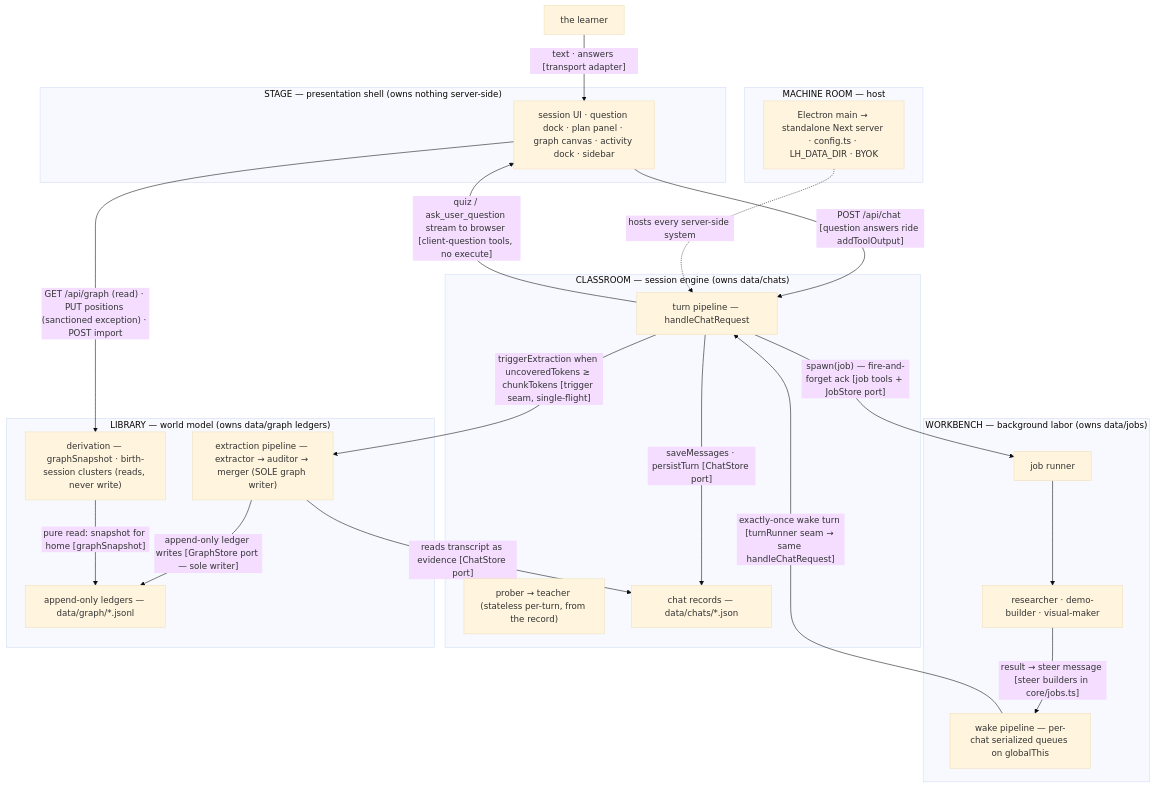
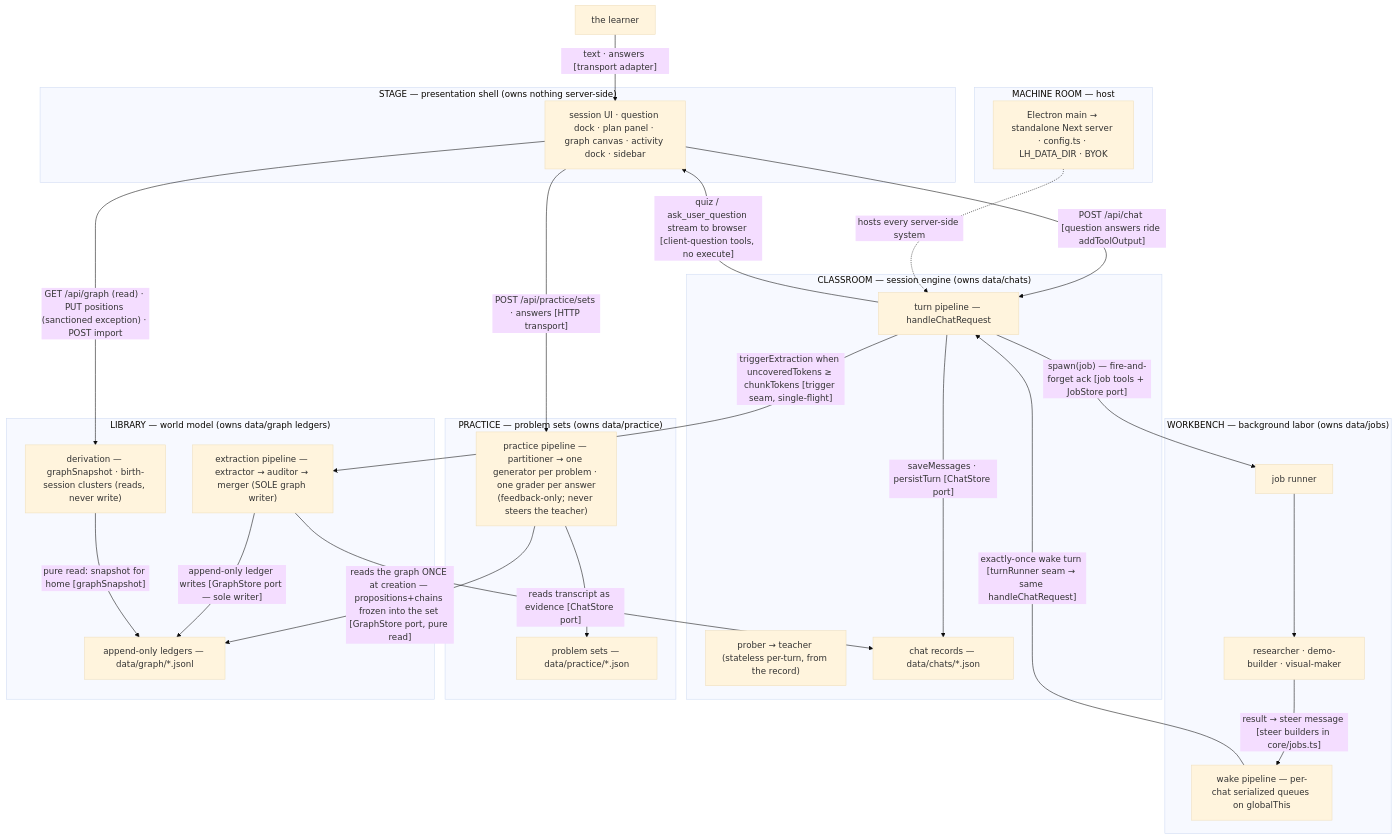
The third of 7 diagrams in docs/architecture.md (0xCUB3/learnharness), drawn with Mermaid (base theme) before and after one commit. The commit also changed other lines of this file and 1 other file, not shown here.

````diff
--- a/docs/architecture.md
+++ b/docs/architecture.md
@@ -214,45 +216,53 @@
 ```mermaid
 flowchart TB
     LEARNER["the learner"]
 
     subgraph STAGE["STAGE — presentation shell (owns nothing server-side)"]
         UI["session UI · question dock · plan panel · graph canvas · activity dock · sidebar"]
     end
 
     subgraph CLASSROOM["CLASSROOM — session engine (owns data/chats)"]
         TURN["turn pipeline — handleChatRequest"]
         AGENTS["prober → teacher (stateless per-turn, from the record)"]
         CHATDATA["chat records — data/chats/*.json"]
     end
 
     subgraph WORKBENCH["WORKBENCH — background labor (owns data/jobs)"]
         JOBRUN["job runner"]
         SUBAGENTS["researcher · demo-builder · visual-maker"]
         WAKE["wake pipeline — per-chat serialized queues on globalThis"]
+    end
+
+    subgraph PRAC["PRACTICE — problem sets (owns data/practice)"]
+        PPART["practice pipeline — partitioner → one generator per problem · one grader per answer<br/>(feedback-only; never steers the teacher)"]
+        PDATA["problem sets — data/practice/*.json"]
     end
 
     subgraph LIBRARY["LIBRARY — world model (owns data/graph ledgers)"]
         EXTRACT["extraction pipeline — extractor → auditor → merger (SOLE graph writer)"]
         DERIVE["derivation — graphSnapshot · birth-session clusters (reads, never write)"]
         GRAPHDATA["append-only ledgers — data/graph/*.jsonl"]
     end
 
     subgraph ROOM["MACHINE ROOM — host"]
         HOST["Electron main → standalone Next server · config.ts · LH_DATA_DIR · BYOK"]
     end
 
     LEARNER -->|"text · answers [transport adapter]"| UI
     UI -->|"POST /api/chat [question answers ride addToolOutput]"| TURN
     TURN -->|"quiz / ask_user_question stream to browser [client-question tools, no execute]"| UI
     TURN -->|"saveMessages · persistTurn [ChatStore port]"| CHATDATA
     TURN -->|"spawn(job) — fire-and-forget ack [job tools + JobStore port]"| JOBRUN
     JOBRUN --> SUBAGENTS
     SUBAGENTS -->|"result → steer message [steer builders in core/jobs.ts]"| WAKE
     WAKE -->|"exactly-once wake turn [turnRunner seam → same handleChatRequest]"| TURN
     TURN -->|"triggerExtraction when uncoveredTokens ≥ chunkTokens [trigger seam, single-flight]"| EXTRACT
     EXTRACT -->|"reads transcript as evidence [ChatStore port]"| CHATDATA
     EXTRACT -->|"append-only ledger writes [GraphStore port — sole writer]"| GRAPHDATA
     DERIVE -->|"pure read: snapshot for home [graphSnapshot]"| GRAPHDATA
+    UI -->|"POST /api/practice/sets · answers [HTTP transport]"| PPART
+    PPART -->|"reads the graph ONCE at creation — propositions+chains frozen into the set [GraphStore port, pure read]"| GRAPHDATA
+    PPART --> PDATA
     UI -->|"GET /api/graph (read) · PUT positions (sanctioned exception) · POST import"| DERIVE
     HOST -.->|"hosts every server-side system"| TURN
 ```
````
